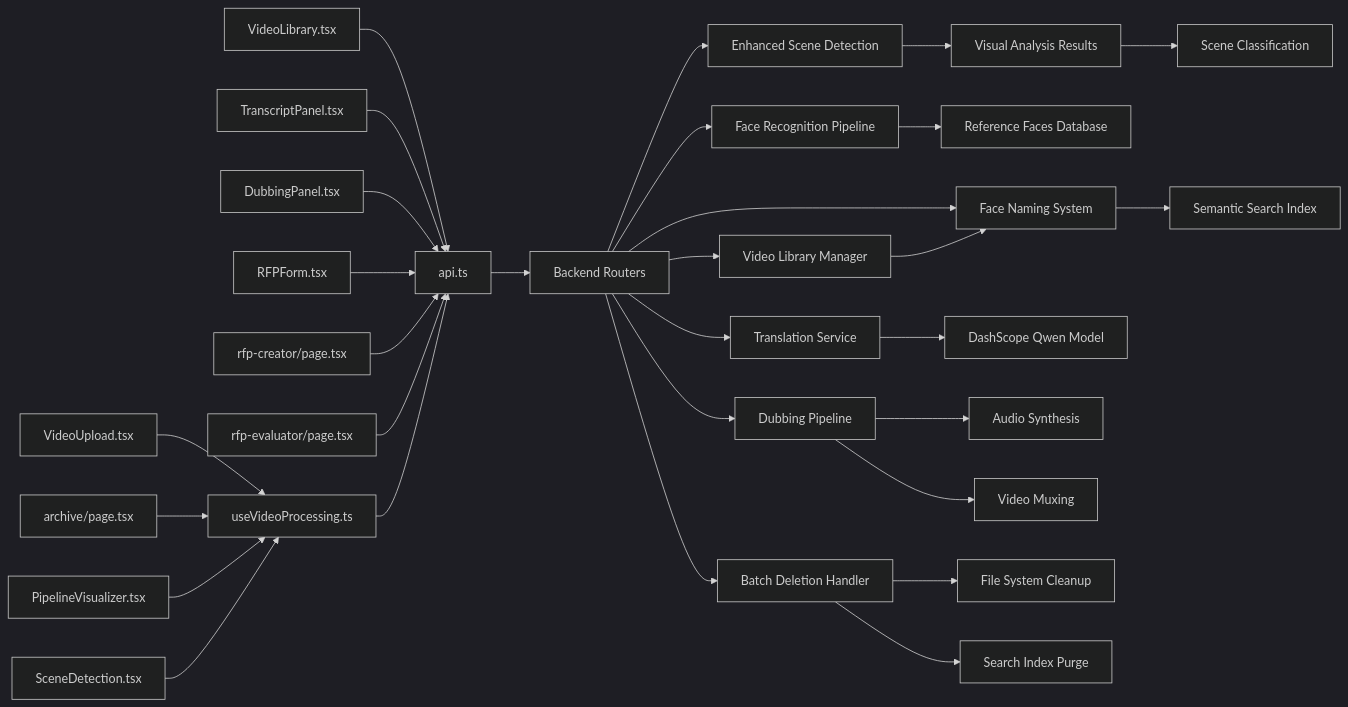
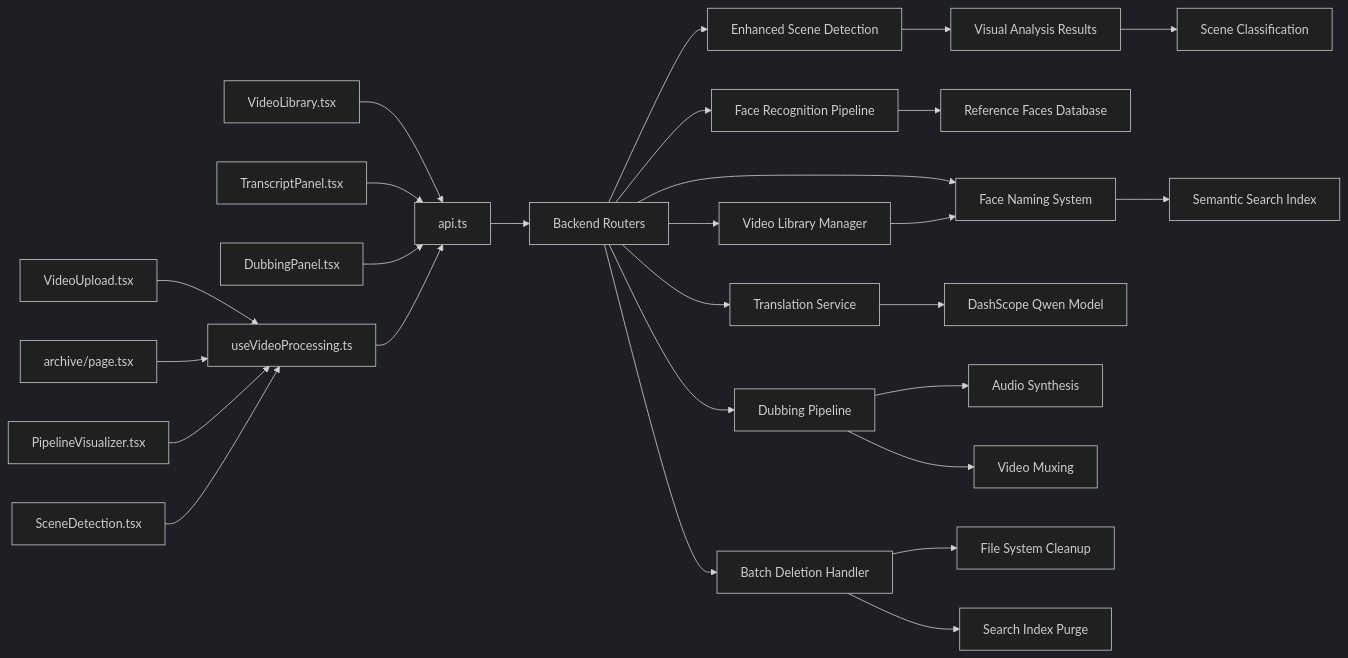
Before and after one commit to alexandreybasta-cyber/dubai-media-ai: the third of 3 diagrams in .qoder/repowiki/en/content/Frontend Application/API Integration & State Management.md, drawn with Mermaid (dark theme). The commit also changed other lines of this file and 23 other files, not shown here.

````diff
--- a/.qoder/repowiki/en/content/Frontend Application/API Integration & State Management.md
+++ b/.qoder/repowiki/en/content/Frontend Application/API Integration & State Management.md
@@ -916,32 +875,29 @@
 ```mermaid
 graph LR
 UI_A["VideoUpload.tsx"] --> Hook["useVideoProcessing.ts"]
 UI_B["archive/page.tsx"] --> Hook
 UI_C["PipelineVisualizer.tsx"] --> Hook
 UI_D["SceneDetection.tsx"] --> Hook
 UI_E["VideoLibrary.tsx"] --> API["api.ts"]
 UI_F["TranscriptPanel.tsx"] --> API
 UI_G["DubbingPanel.tsx"] --> API
-UI_H["RFPForm.tsx"] --> API
-UI_I["rfp-creator/page.tsx"] --> API
-UI_J["rfp-evaluator/page.tsx"] --> API
 Hook --> API
 API --> Backend["Backend Routers"]
 Backend --> FacePipeline["Face Recognition Pipeline"]
 Backend --> ScenePipeline["Enhanced Scene Detection"]
 Backend --> VideoLibrary["Video Library Manager"]
 Backend --> FaceNaming["Face Naming System"]
 Backend --> TranslationService["Translation Service"]
 Backend --> DubbingPipeline["Dubbing Pipeline"]
 Backend --> BatchDeletion["Batch Deletion Handler"]
 FacePipeline --> ReferenceDB["Reference Faces Database"]
 ScenePipeline --> VisualAnalysis["Visual Analysis Results"]
 VideoLibrary --> FaceNaming
 VisualAnalysis --> SceneTypes["Scene Classification"]
 FaceNaming --> SearchIndex["Semantic Search Index"]
 TranslationService --> AIModel["DashScope Qwen Model"]
 DubbingPipeline --> AudioSynth["Audio Synthesis"]
 DubbingPipeline --> VideoMux["Video Muxing"]
 BatchDeletion --> FileCleanup["File System Cleanup"]
 BatchDeletion --> SearchIndexPurge["Search Index Purge"]
 ```
````
